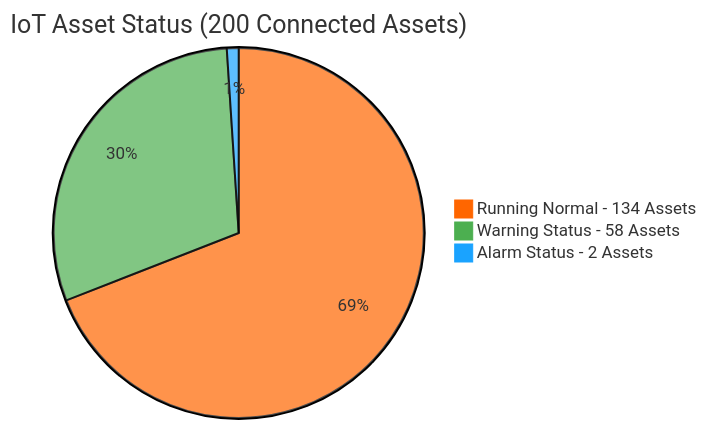
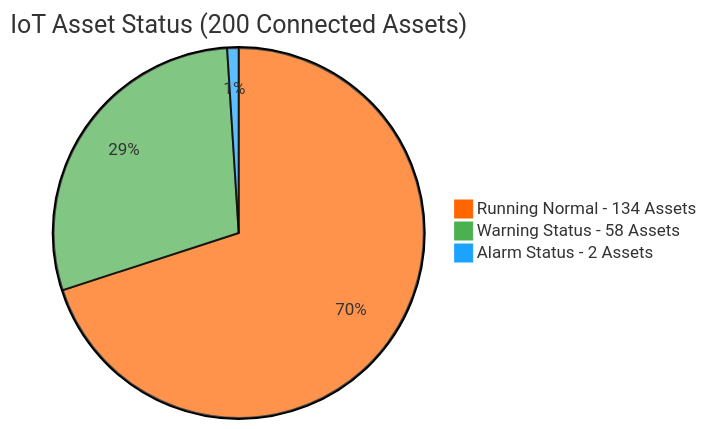
The second of 10 diagrams in scaled_vacuum_report_200.md (StephanieHepp/Risk-Assessment), drawn with Mermaid before and after one commit. The commit also changed other lines of this file, not shown here.

````diff
--- a/scaled_vacuum_report_200.md
+++ b/scaled_vacuum_report_200.md
@@ -28,7 +28,7 @@
 ```mermaid
 %%{init: {'theme':'base', 'themeVariables': {'primaryColor':'#ff6600', 'secondaryColor':'#4CAF50'}}}%%
 pie title IoT Asset Status (200 Connected Assets)
-    "Running Normal - 134 Assets" : 134
+    "Running Normal - 134 Assets" : 140
     "Warning Status - 58 Assets" : 58
     "Alarm Status - 2 Assets" : 2
 ```
````
